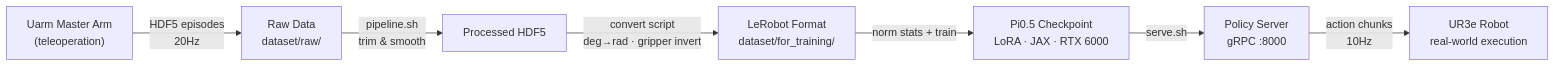
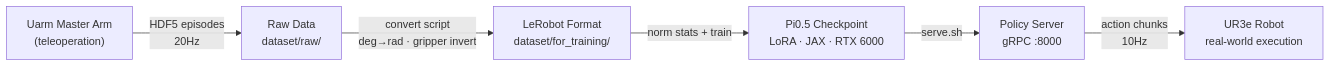
Before and after one commit to YahuanShi/fine-tuning-openpi: the diagram in README.md, drawn with Mermaid.

Commit message:
Update README: refine pipeline diagram and results

````diff
--- a/README.md
+++ b/README.md
@@ -35,9 +35,8 @@
 ```mermaid
 flowchart LR
     A["Uarm Master Arm\n(teleoperation)"] -->|HDF5 episodes\n20Hz| B["Raw Data\ndataset/raw/"]
-    B -->|pipeline.sh\ntrim & smooth| C["Processed HDF5"]
-    C -->|convert script\ndeg→rad · gripper invert| D["LeRobot Format\ndataset/for_training/"]
-    D -->|norm stats + train| E["Pi0.5 Checkpoint\nLoRA · JAX · RTX 6000"]
-    E -->|serve.sh| F["Policy Server\ngRPC :8000"]
-    F -->|action chunks\n10Hz| G["UR3e Robot\nreal-world execution"]
+    B -->|convert script\ndeg→rad · gripper invert| C["LeRobot Format\ndataset/for_training/"]
+    C -->|norm stats + train| D["Pi0.5 Checkpoint\nLoRA · JAX · RTX 6000"]
+    D -->|serve.sh| E["Policy Server\ngRPC :8000"]
+    E -->|action chunks\n10Hz| F["UR3e Robot\nreal-world execution"]
 ```
````
